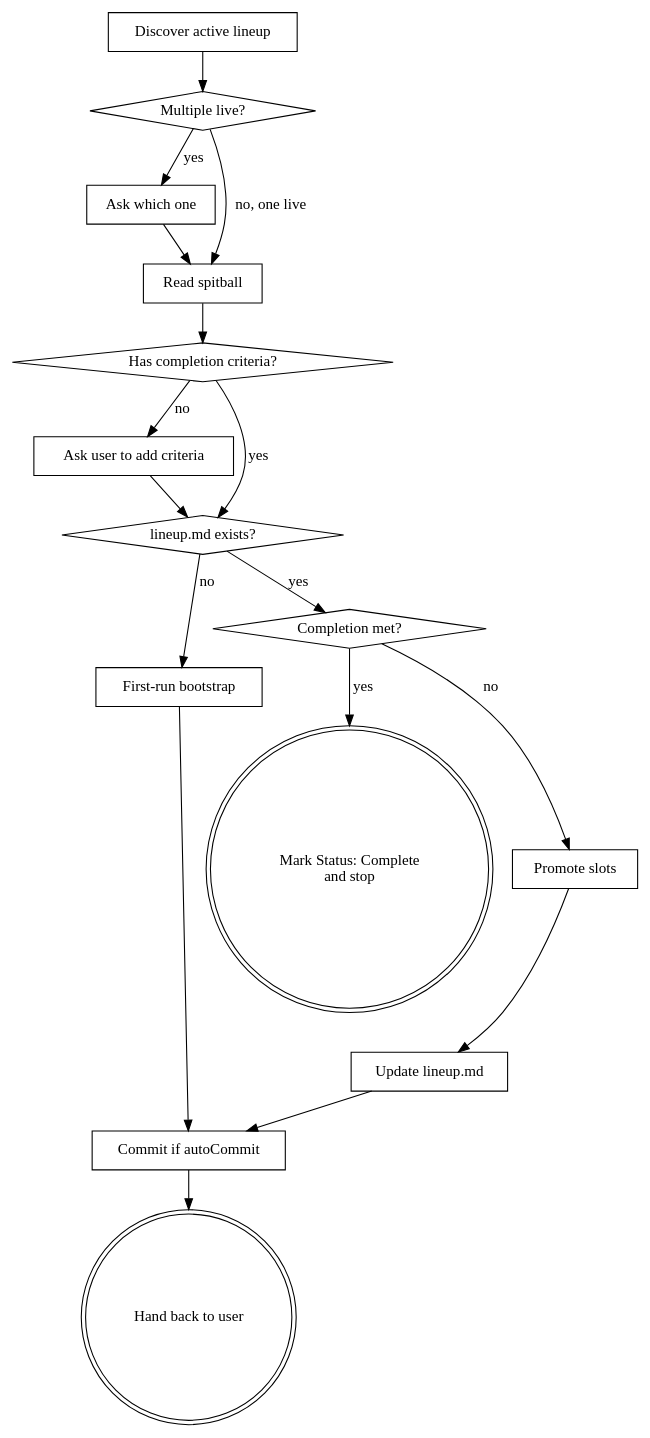
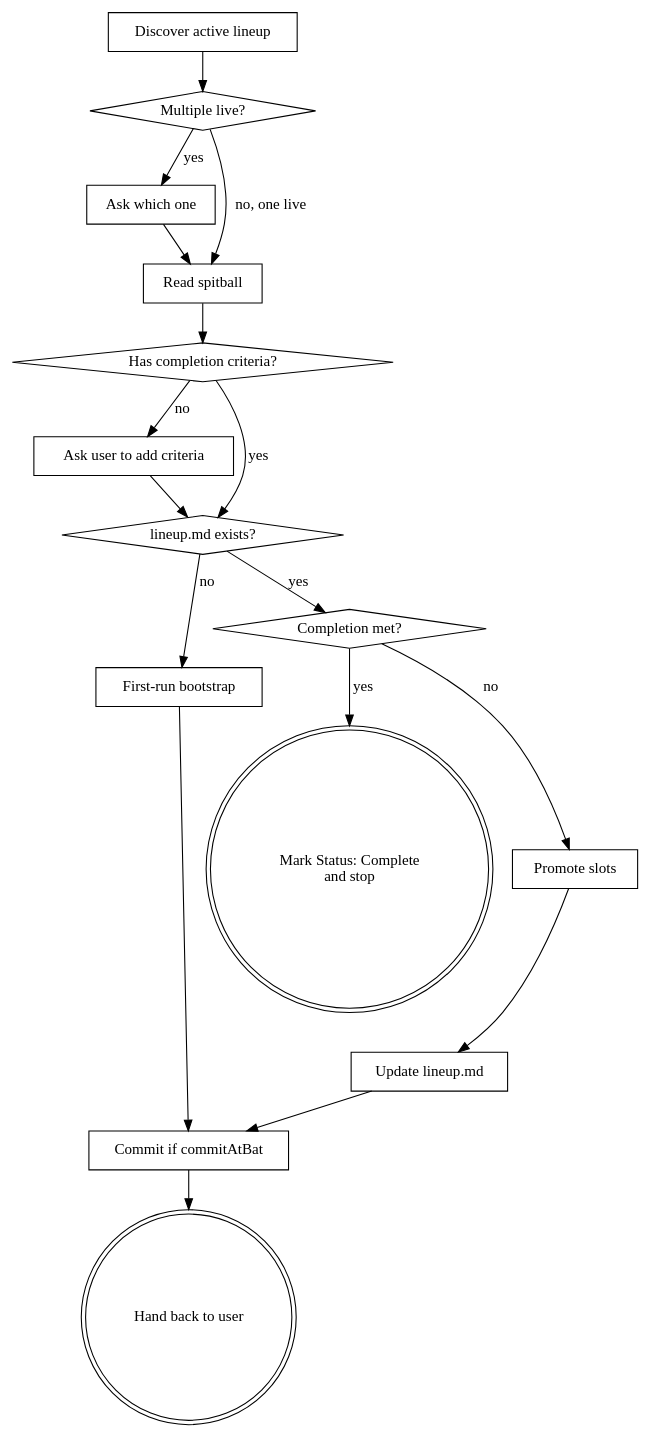
One commit to robmt/claude-tools changed the diagram in plugins/lineup/skills/lineup/SKILL.md. Above: the diagram before and after it, drawn with Graphviz. The commit also changed other lines of this file and 14 other files, not shown here.

First line of the commit message:
Split commit flags, add autoContinue, mandate at-bat -> lineup verification

````diff
--- a/plugins/lineup/skills/lineup/SKILL.md
+++ b/plugins/lineup/skills/lineup/SKILL.md
@@ -173,35 +272,35 @@
 ```dot
 digraph lineup {
     "Discover active lineup" [shape=box];
     "Multiple live?" [shape=diamond];
     "Ask which one" [shape=box];
     "Read spitball" [shape=box];
     "Has completion criteria?" [shape=diamond];
     "Ask user to add criteria" [shape=box];
     "lineup.md exists?" [shape=diamond];
     "First-run bootstrap" [shape=box];
     "Completion met?" [shape=diamond];
     "Mark Status: Complete\nand stop" [shape=doublecircle];
     "Promote slots" [shape=box];
     "Update lineup.md" [shape=box];
-    "Commit if autoCommit" [shape=box];
+    "Commit if commitAtBat" [shape=box];
     "Hand back to user" [shape=doublecircle];
 
     "Discover active lineup" -> "Multiple live?";
     "Multiple live?" -> "Ask which one" [label="yes"];
     "Multiple live?" -> "Read spitball" [label="no, one live"];
     "Ask which one" -> "Read spitball";
     "Read spitball" -> "Has completion criteria?";
     "Has completion criteria?" -> "Ask user to add criteria" [label="no"];
     "Has completion criteria?" -> "lineup.md exists?" [label="yes"];
     "Ask user to add criteria" -> "lineup.md exists?";
     "lineup.md exists?" -> "First-run bootstrap" [label="no"];
     "lineup.md exists?" -> "Completion met?" [label="yes"];
-    "First-run bootstrap" -> "Commit if autoCommit";
+    "First-run bootstrap" -> "Commit if commitAtBat";
     "Completion met?" -> "Mark Status: Complete\nand stop" [label="yes"];
     "Completion met?" -> "Promote slots" [label="no"];
     "Promote slots" -> "Update lineup.md";
-    "Update lineup.md" -> "Commit if autoCommit";
-    "Commit if autoCommit" -> "Hand back to user";
+    "Update lineup.md" -> "Commit if commitAtBat";
+    "Commit if commitAtBat" -> "Hand back to user";
 }
 ```
````
